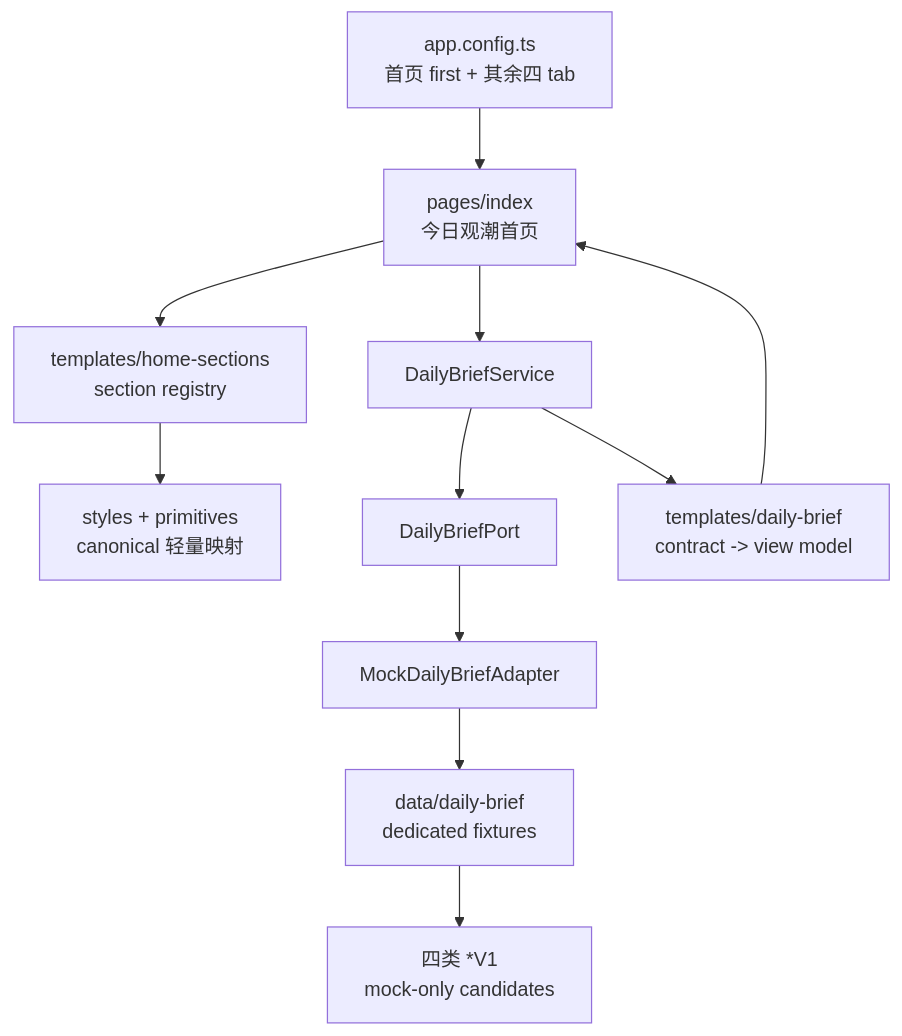
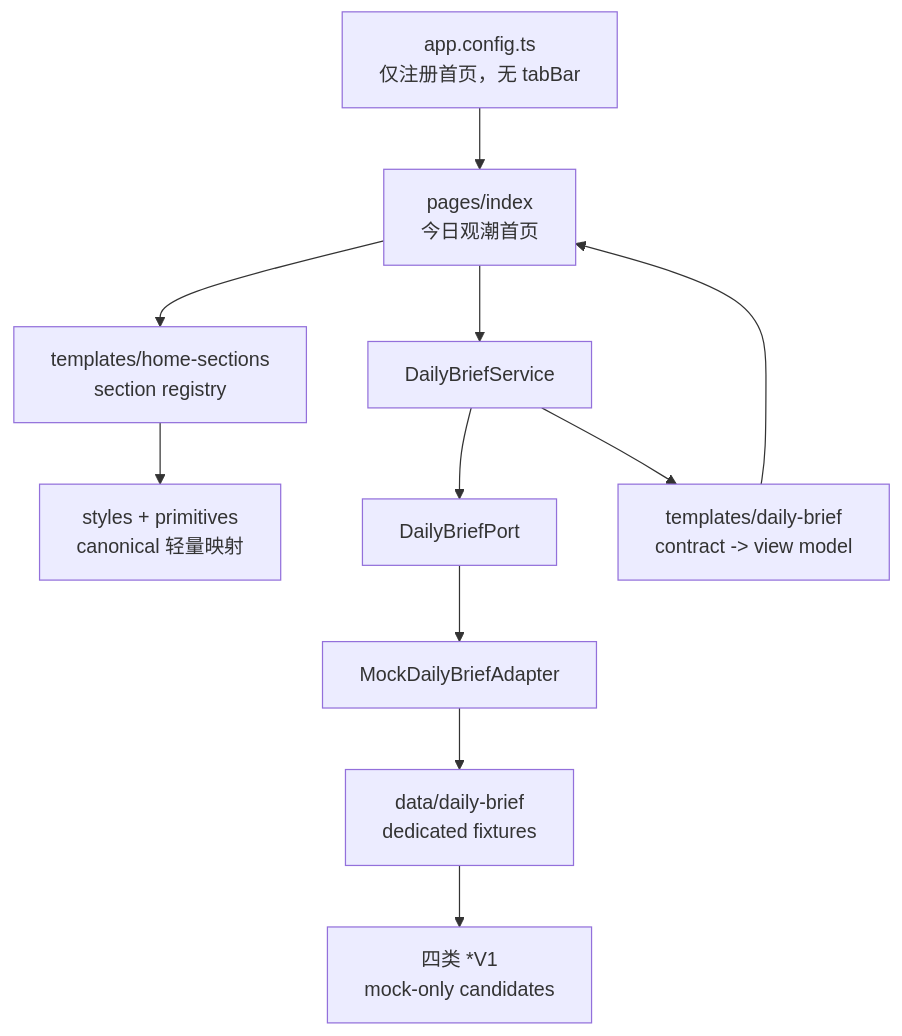
One commit to meierlink88/tidewise-ai changed the first of 2 diagrams in openspec/changes/add-miniapp-daily-brief-home-shell/design.md. Above: the diagram before and after it, drawn with Mermaid. The commit also changed other lines of this file and 13 other files, not shown here.

````diff
--- a/openspec/changes/add-miniapp-daily-brief-home-shell/design.md
+++ b/openspec/changes/add-miniapp-daily-brief-home-shell/design.md
@@ -117,24 +123,24 @@
 ```mermaid
 flowchart TD
-    App["app.config.ts<br/>首页 first + 其余四 tab"]
+    App["app.config.ts<br/>仅注册首页，无 tabBar"]
     Home["pages/index<br/>今日观潮首页"]
     Registry["templates/home-sections<br/>section registry"]
     Mapper["templates/daily-brief<br/>contract -> view model"]
     Service["DailyBriefService"]
     Port["DailyBriefPort"]
     Mock["MockDailyBriefAdapter"]
     Data["data/daily-brief<br/>dedicated fixtures"]
     Contracts["四类 *V1<br/>mock-only candidates"]
     Styles["styles + primitives<br/>canonical 轻量映射"]
 
     App --> Home
     Home --> Registry
     Registry --> Styles
     Home --> Service
     Service --> Port
     Port --> Mock
     Mock --> Data
     Data --> Contracts
     Service --> Mapper
     Mapper --> Home
 ```
````
